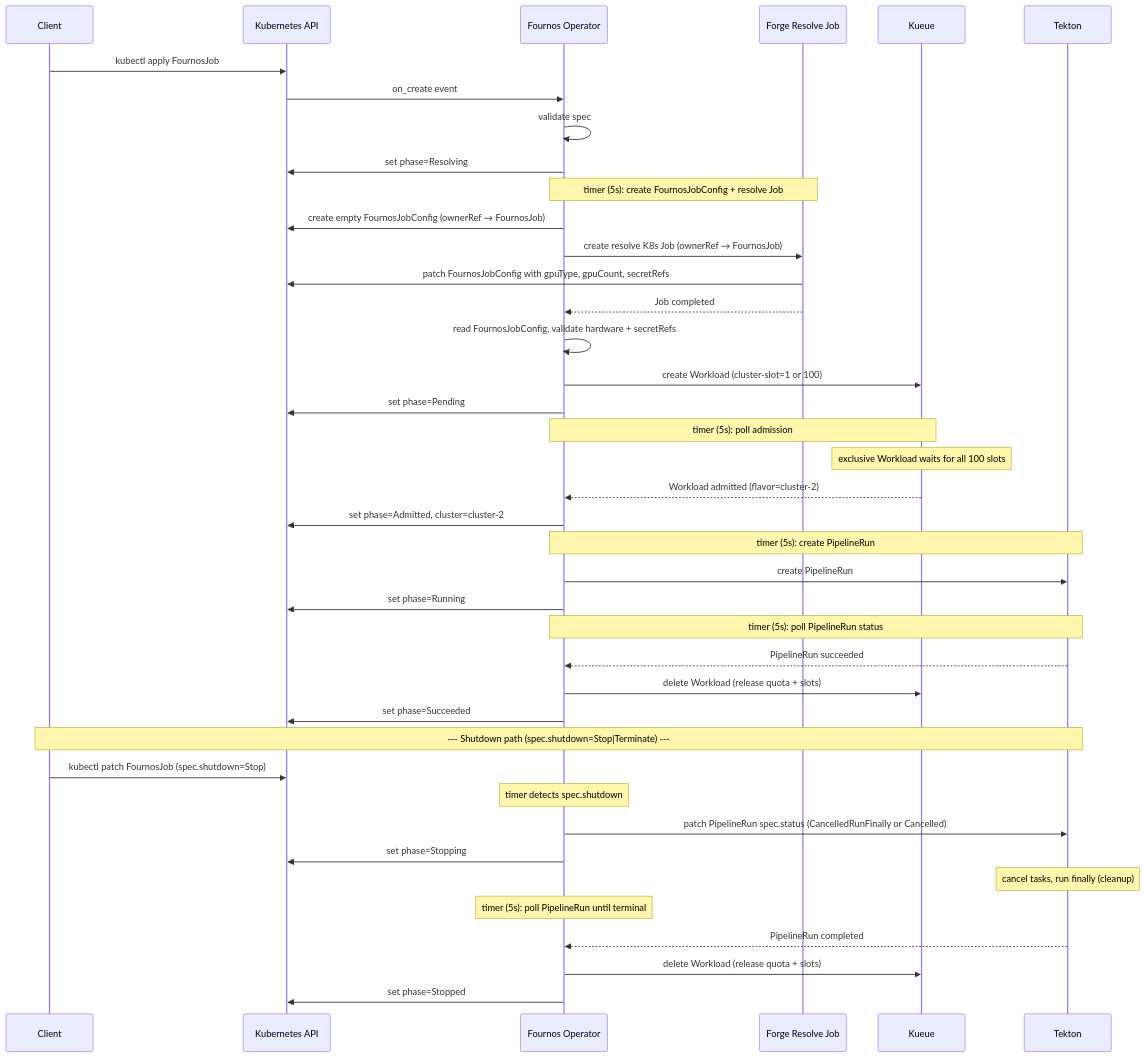
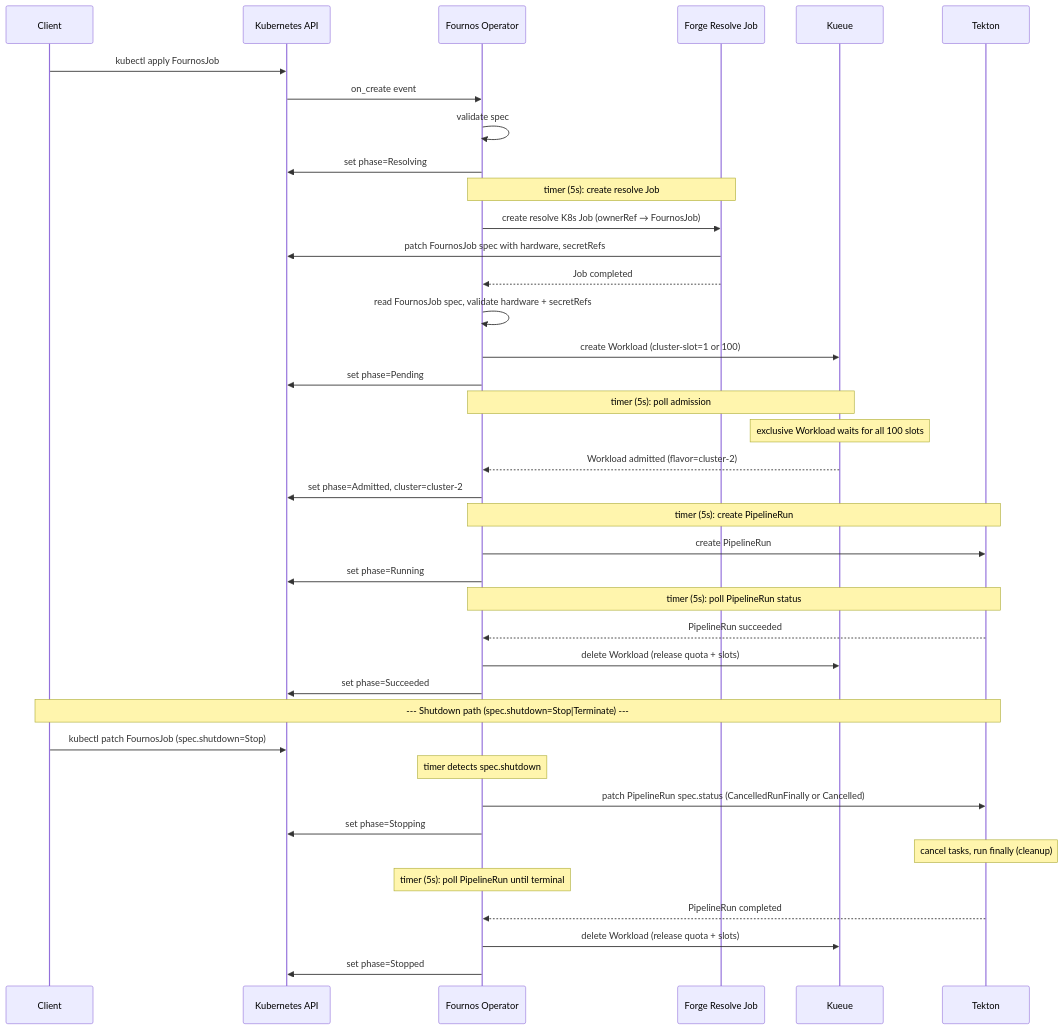
One commit to openshift-psap/fournos changed the second of 2 diagrams in Fournos_Design_Document.md. Above: the diagram before and after it, drawn with Mermaid. The commit also changed other lines of this file and 16 other files, not shown here.

Commit message:
Refactor Resolving Forge job to write directly into fjob; drop fjobconfig

````diff
--- a/Fournos_Design_Document.md
+++ b/Fournos_Design_Document.md
@@ -151,49 +141,48 @@
 ```mermaid
 sequenceDiagram
     participant Client
     participant K8sAPI as Kubernetes API
     participant Operator as Fournos Operator
     participant Forge as Forge Resolve Job
     participant Kueue
     participant Tekton
 
     Client->>K8sAPI: kubectl apply FournosJob
     K8sAPI->>Operator: on_create event
     Operator->>Operator: validate spec
     Operator->>K8sAPI: set phase=Resolving
 
-    Note over Operator,Forge: timer (5s): create FournosJobConfig + resolve Job
-    Operator->>K8sAPI: create empty FournosJobConfig (ownerRef → FournosJob)
+    Note over Operator,Forge: timer (5s): create resolve Job
     Operator->>Forge: create resolve K8s Job (ownerRef → FournosJob)
-    Forge->>K8sAPI: patch FournosJobConfig with gpuType, gpuCount, secretRefs
+    Forge->>K8sAPI: patch FournosJob spec with hardware, secretRefs
     Forge-->>Operator: Job completed
-    Operator->>Operator: read FournosJobConfig, validate hardware + secretRefs
+    Operator->>Operator: read FournosJob spec, validate hardware + secretRefs
 
     Operator->>Kueue: create Workload (cluster-slot=1 or 100)
     Operator->>K8sAPI: set phase=Pending
 
     Note over Operator,Kueue: timer (5s): poll admission
     Note over Kueue: exclusive Workload waits for all 100 slots
     Kueue-->>Operator: Workload admitted (flavor=cluster-2)
     Operator->>K8sAPI: set phase=Admitted, cluster=cluster-2
 
     Note over Operator,Tekton: timer (5s): create PipelineRun
     Operator->>Tekton: create PipelineRun
     Operator->>K8sAPI: set phase=Running
 
     Note over Operator,Tekton: timer (5s): poll PipelineRun status
     Tekton-->>Operator: PipelineRun succeeded
     Operator->>Kueue: delete Workload (release quota + slots)
     Operator->>K8sAPI: set phase=Succeeded
 
     Note over Client,Tekton: --- Shutdown path (spec.shutdown=Stop|Terminate) ---
     Client->>K8sAPI: kubectl patch FournosJob (spec.shutdown=Stop)
     Note over Operator: timer detects spec.shutdown
     Operator->>Tekton: patch PipelineRun spec.status (CancelledRunFinally or Cancelled)
     Operator->>K8sAPI: set phase=Stopping
     Note over Tekton: cancel tasks, run finally (cleanup)
     Note over Operator: timer (5s): poll PipelineRun until terminal
     Tekton-->>Operator: PipelineRun completed
     Operator->>Kueue: delete Workload (release quota + slots)
     Operator->>K8sAPI: set phase=Stopped
 ```
````
